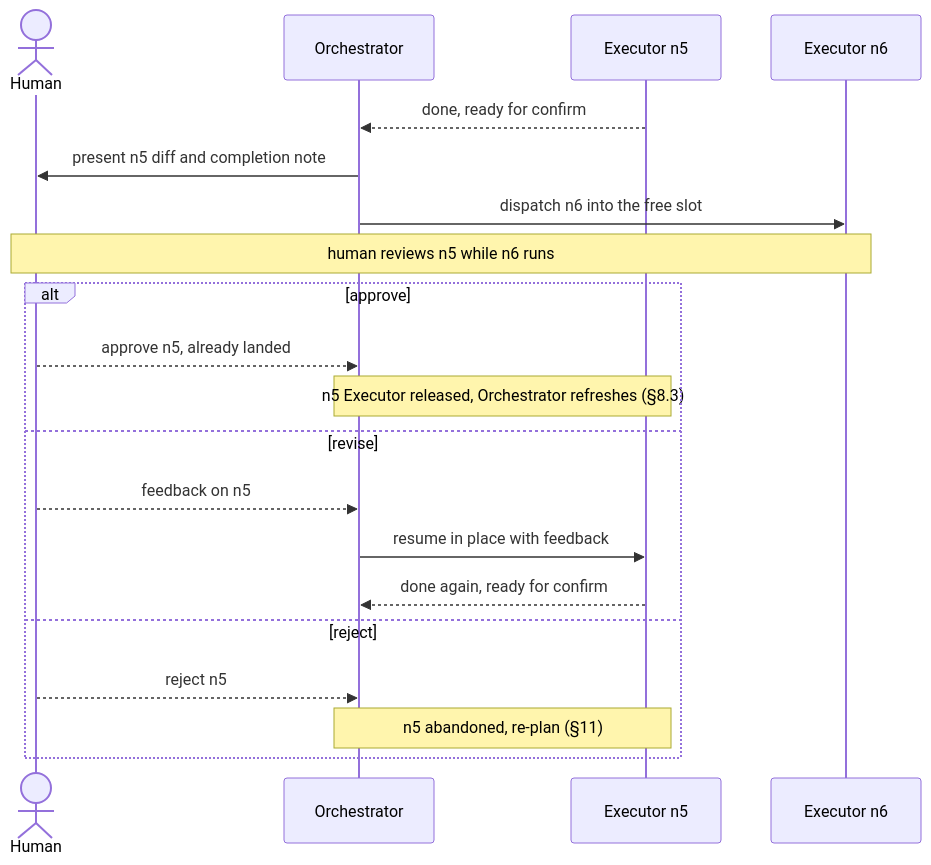
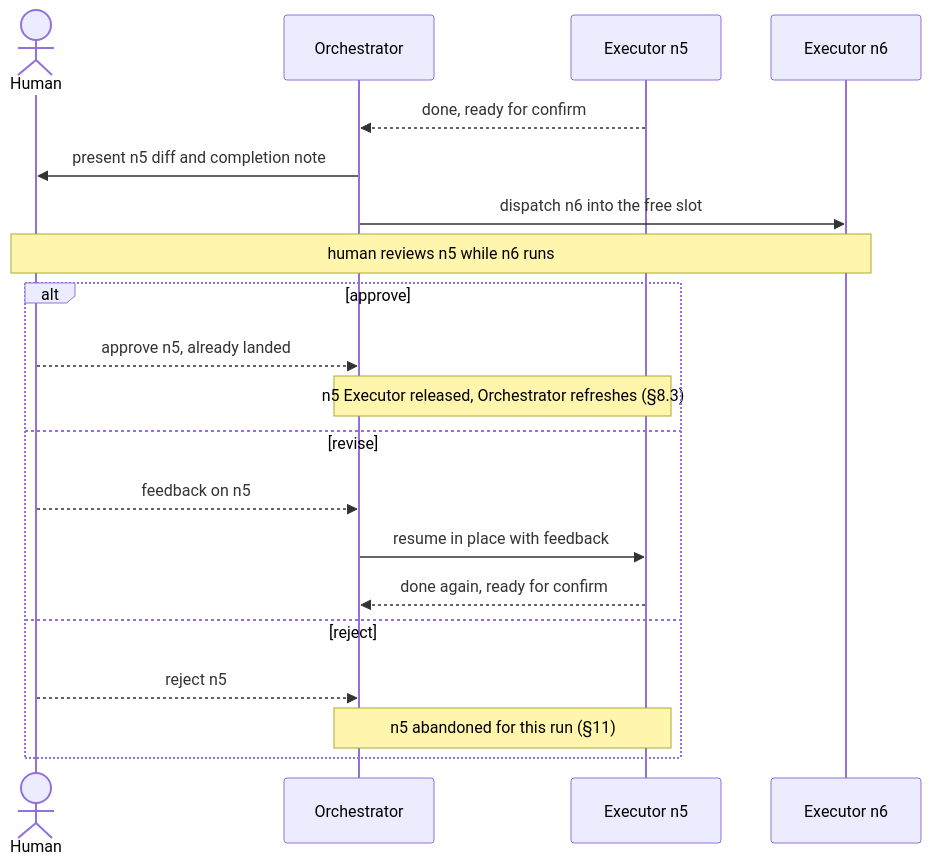
The fourth of 4 diagrams in docs/design.md (hyunbumy/devflow), drawn with Mermaid before and after one commit. The commit also changed other lines of this file and 5 other files, not shown here.

````diff
--- a/docs/design.md
+++ b/docs/design.md
@@ -442,23 +446,23 @@
 ```mermaid
 sequenceDiagram
     actor H as Human
     participant O as Orchestrator
     participant E5 as Executor n5
     participant E6 as Executor n6
 
     E5-->>O: done, ready for confirm
     O->>H: present n5 diff and completion note
     O->>E6: dispatch n6 into the free slot
     Note over H,E6: human reviews n5 while n6 runs
     alt approve
         H-->>O: approve n5, already landed
         Note over O,E5: n5 Executor released, Orchestrator refreshes (§8.3)
     else revise
         H-->>O: feedback on n5
         O->>E5: resume in place with feedback
         E5-->>O: done again, ready for confirm
     else reject
         H-->>O: reject n5
-        Note over O,E5: n5 abandoned, re-plan (§11)
+        Note over O,E5: n5 abandoned for this run (§11)
     end
 ```
````
